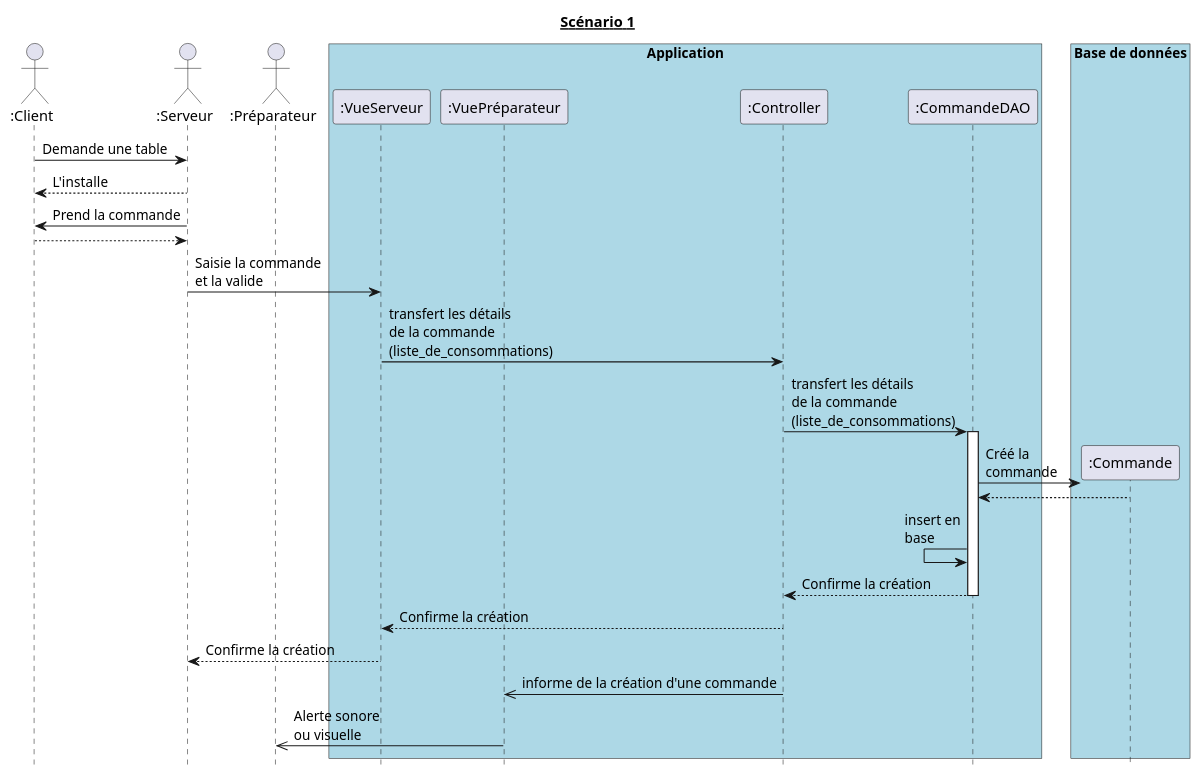
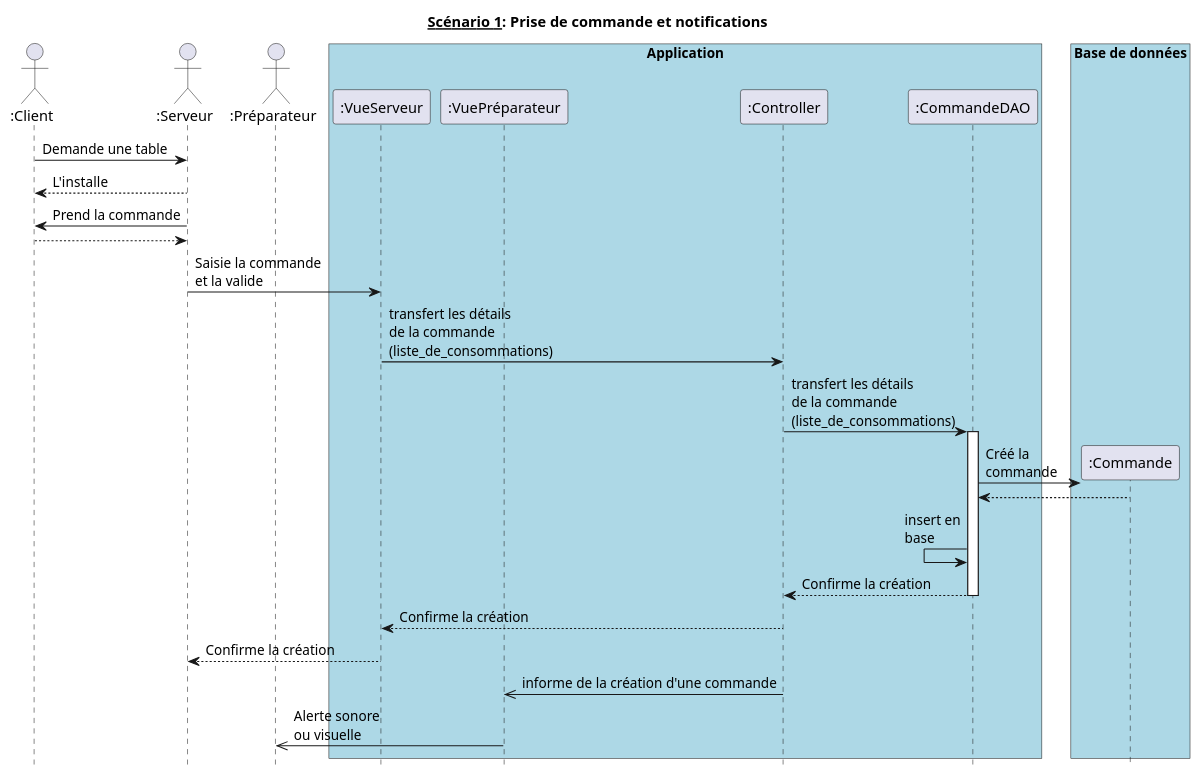
The diagram in diagrammes_sequences_detailles/dss1.md (hulskenA/GL-Les_seigneurs_du_resto), drawn with PlantUML before and after one commit. The commit also changed 14 other files, not shown here.

````diff
--- a/diagrammes_sequences_detailles/dss1.md
+++ b/diagrammes_sequences_detailles/dss1.md
@@ -1,45 +1,45 @@
 ```puml
 @startuml
 hide footbox
-title __Scénario 1__
+title __Scénario 1__: Prise de commande et notifications
 
 actor ":Client" as Client order 10
 actor ":Serveur" as Serveur order 20
 actor ":Préparateur" as Préparateur order 30
 
 box "Application" #Lightblue
   participant ":VueServeur" as VueServeur order 40
   participant ":VuePréparateur" as VuePréparateur order 50
   participant ":Controller" as Controller order 60
   participant ":CommandeDAO" as CommandeDAO order 70
 endbox
 
 box "Base de données" #Lightblue
   participant ":Commande" as Commande order 80
 endbox
 
 Client -> Serveur : Demande une table
 Client <-- Serveur : L'installe
 Client <- Serveur : Prend la commande
 Client --> Serveur
 
 Serveur -> VueServeur : Saisie la commande\net la valide
 VueServeur -> Controller : transfert les détails\nde la commande\n(liste_de_consommations)
 Controller -> CommandeDAO : transfert les détails\nde la commande\n(liste_de_consommations)
 
 activate CommandeDAO
   create Commande
   CommandeDAO -> Commande : Créé la\ncommande
   CommandeDAO <-- Commande
   CommandeDAO <- CommandeDAO : insert en\nbase
   CommandeDAO --> Controller : Confirme la création
 deactivate CommandeDAO
 
 Controller --> VueServeur : Confirme la création
 VueServeur --> Serveur : Confirme la création
 
 Controller ->> VuePréparateur : informe de la création d'une commande
 VuePréparateur ->> Préparateur : Alerte sonore\nou visuelle
 
 @enduml
 ```
````
